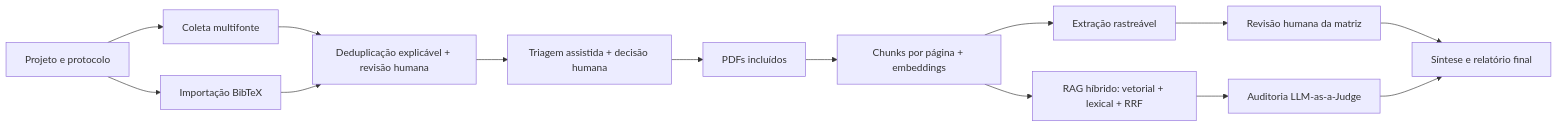
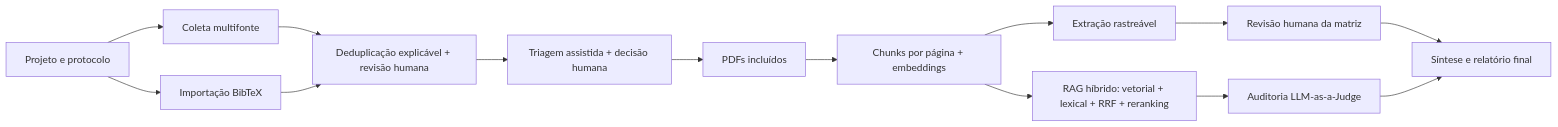
The diagram in README.md (lucianodiassp/rag-revisao-sistematica), drawn with Mermaid before and after one commit. The commit also changed other lines of this file and 21 other files, not shown here.

````diff
--- a/README.md
+++ b/README.md
@@ -134,16 +140,16 @@
 ```mermaid
 flowchart LR
     A["Projeto e protocolo"] --> B["Coleta multifonte"]
     A --> B2["Importação BibTeX"]
     B --> C["Deduplicação explicável + revisão humana"]
     B2 --> C
     C --> D["Triagem assistida + decisão humana"]
     D --> E["PDFs incluídos"]
     E --> F["Chunks por página + embeddings"]
-    F --> G["RAG híbrido: vetorial + lexical + RRF"]
+    F --> G["RAG híbrido: vetorial + lexical + RRF + reranking"]
     F --> H["Extração rastreável"]
     H --> I["Revisão humana da matriz"]
     G --> J["Auditoria LLM-as-a-Judge"]
     I --> K["Síntese e relatório final"]
     J --> K
 ```
````
